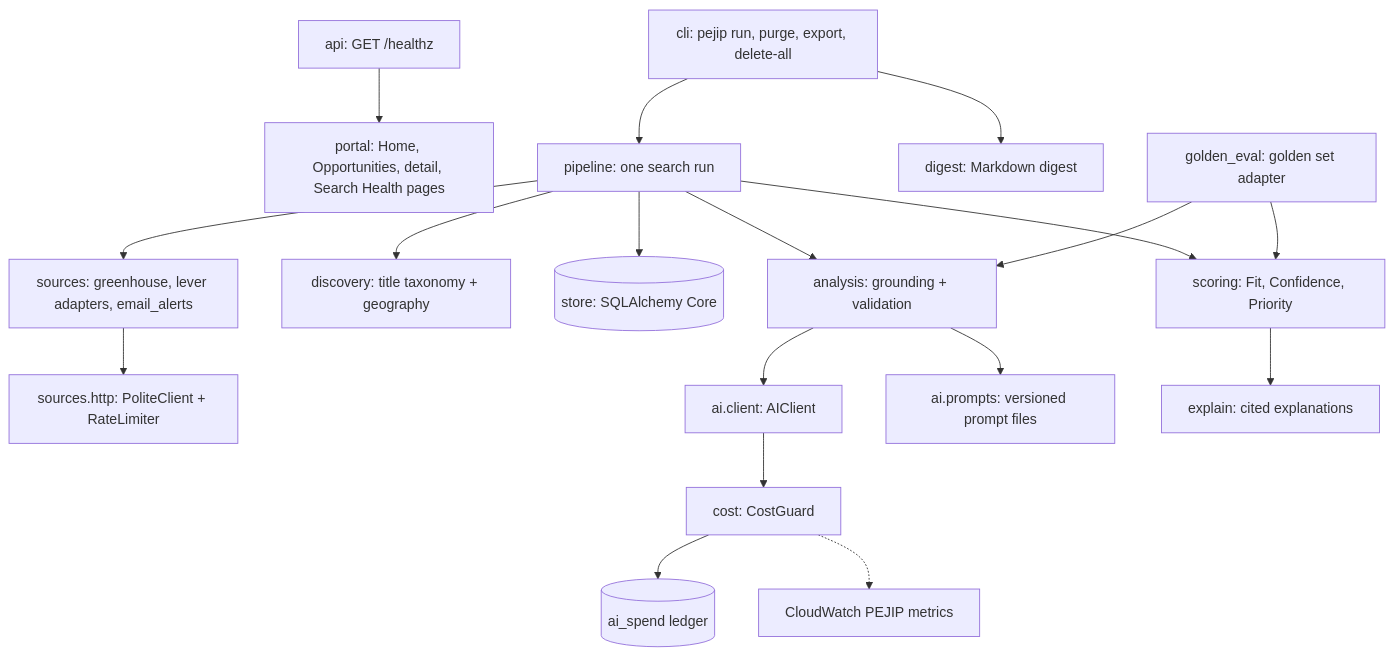
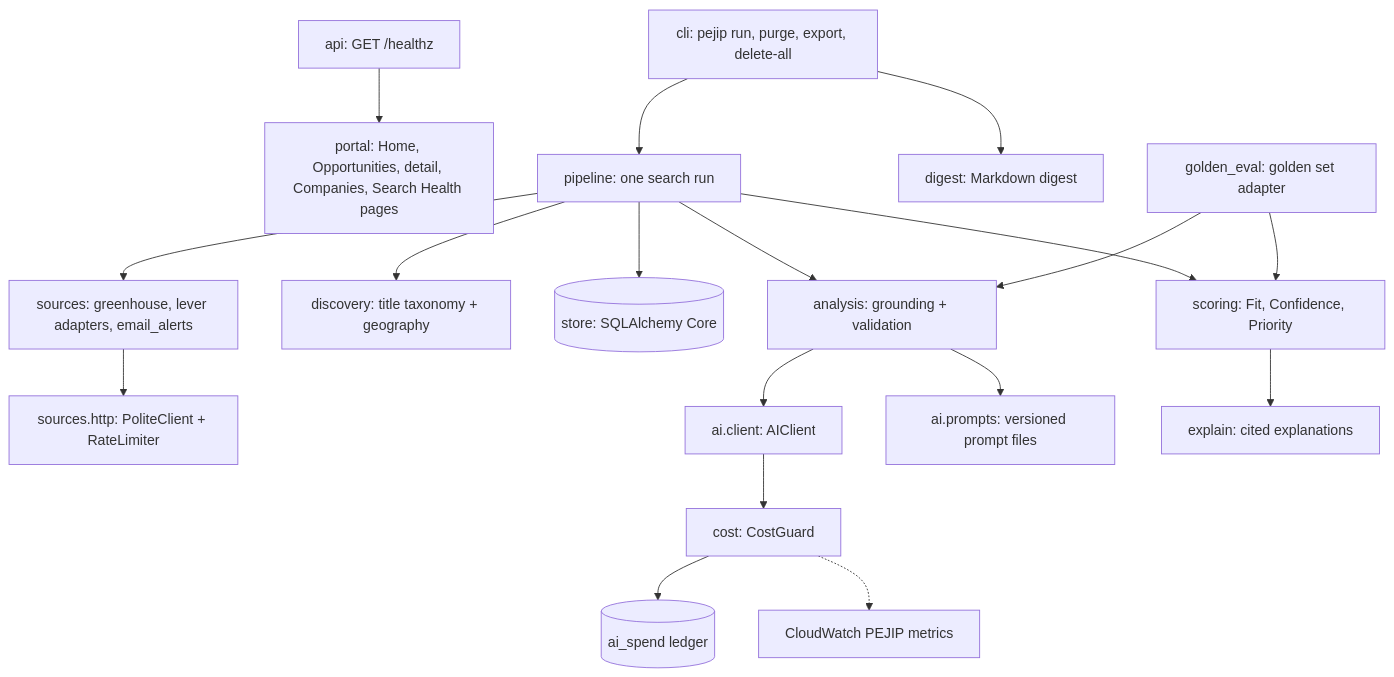
One commit to madduri-ops/PEJIP changed the diagram in docs/architecture/components.md. Above: the diagram before and after it, drawn with Mermaid. The commit also changed other lines of this file and 10 other files, not shown here.

First line of the commit message:
Add the portal's Companies page

````diff
--- a/docs/architecture/components.md
+++ b/docs/architecture/components.md
@@ -7,34 +7,34 @@
 ```mermaid
 flowchart TB
     api[api: GET /healthz]
-    portal[portal: Home, Opportunities, detail, Search Health pages]
+    portal[portal: Home, Opportunities, detail, Companies, Search Health pages]
     api --> portal
     cli[cli: pejip run, purge, export, delete-all]
     pipe[pipeline: one search run]
     src[sources: greenhouse, lever adapters, email_alerts]
     http[sources.http: PoliteClient + RateLimiter]
     disc[discovery: title taxonomy + geography]
     store[(store: SQLAlchemy Core)]
     ana[analysis: grounding + validation]
     ai[ai.client: AIClient]
     guard[cost: CostGuard]
     ledger[(ai_spend ledger)]
     cw[CloudWatch PEJIP metrics]
     prompts[ai.prompts: versioned prompt files]
     score[scoring: Fit, Confidence, Priority]
     explain[explain: cited explanations]
     digest[digest: Markdown digest]
     evals[golden_eval: golden set adapter]
     cli --> pipe
     pipe --> src --> http
     pipe --> disc
     pipe --> store
     pipe --> ana --> ai
     ana --> prompts
     ai --> guard --> ledger
     guard -.-> cw
     pipe --> score --> explain
     cli --> digest
     evals --> ana
     evals --> score
 ```
````
